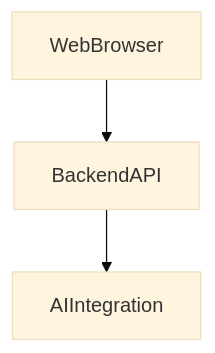
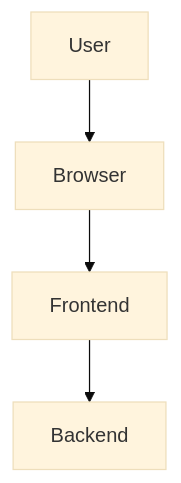
Before and after one commit to yogithasivakumar/FocusZen: the first of 2 diagrams in README.md, drawn with Mermaid (base theme). The commit also changed other lines of this file, not shown here.

````diff
--- a/README.md
+++ b/README.md
@@ -11,5 +11,6 @@
 ```mermaid
 flowchart TD
-    WebBrowser --> BackendAPI
-    BackendAPI --> AIIntegration
+    User --> Browser
+    Browser --> Frontend
+    Frontend --> Backend
 ```
````
